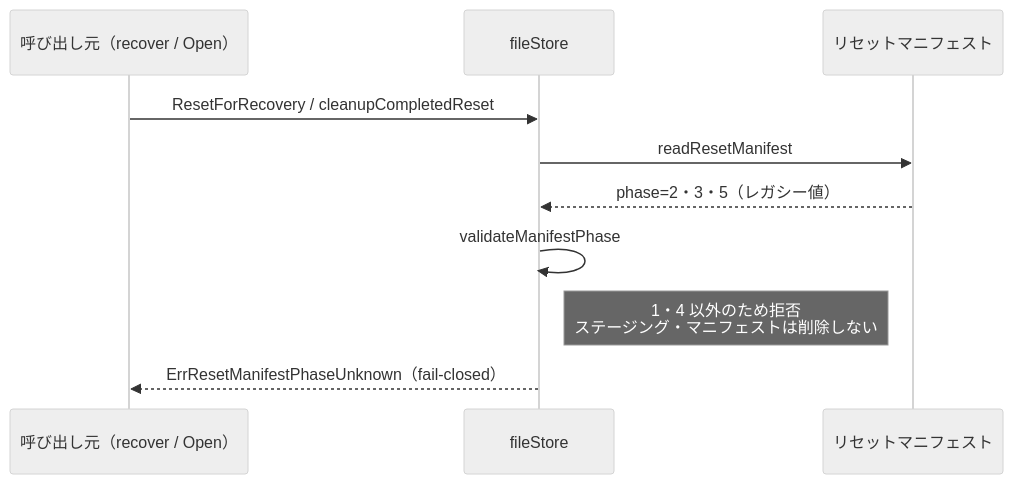
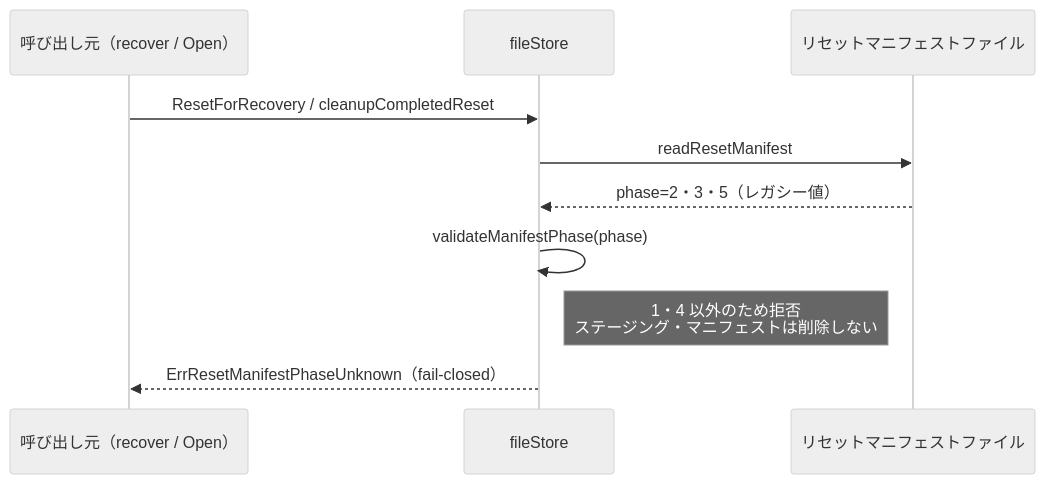
One commit to isseis/tlsrpt-digest changed the eighth of 11 diagrams in docs/tasks/0081_abort_reset_removal/02_architecture.md. Above: the diagram before and after it, drawn with Mermaid (neutral theme). The commit also changed other lines of this file and 1 other file, not shown here.

````diff
--- a/docs/tasks/0081_abort_reset_removal/02_architecture.md
+++ b/docs/tasks/0081_abort_reset_removal/02_architecture.md
@@ -243,13 +250,13 @@
 ```mermaid
 sequenceDiagram
     participant C as 呼び出し元（recover / Open）
     participant S as fileStore
-    participant M as リセットマニフェスト
+    participant F as リセットマニフェストファイル
 
     C->>S: ResetForRecovery / cleanupCompletedReset
-    S->>M: readResetManifest
-    M-->>S: phase=2・3・5（レガシー値）
-    S->>S: validateManifestPhase
+    S->>F: readResetManifest
+    F-->>S: phase=2・3・5（レガシー値）
+    S->>S: validateManifestPhase(phase)
     Note right of S: 1・4 以外のため拒否<br>ステージング・マニフェストは削除しない
     S-->>C: ErrResetManifestPhaseUnknown（fail-closed）
 ```
````
